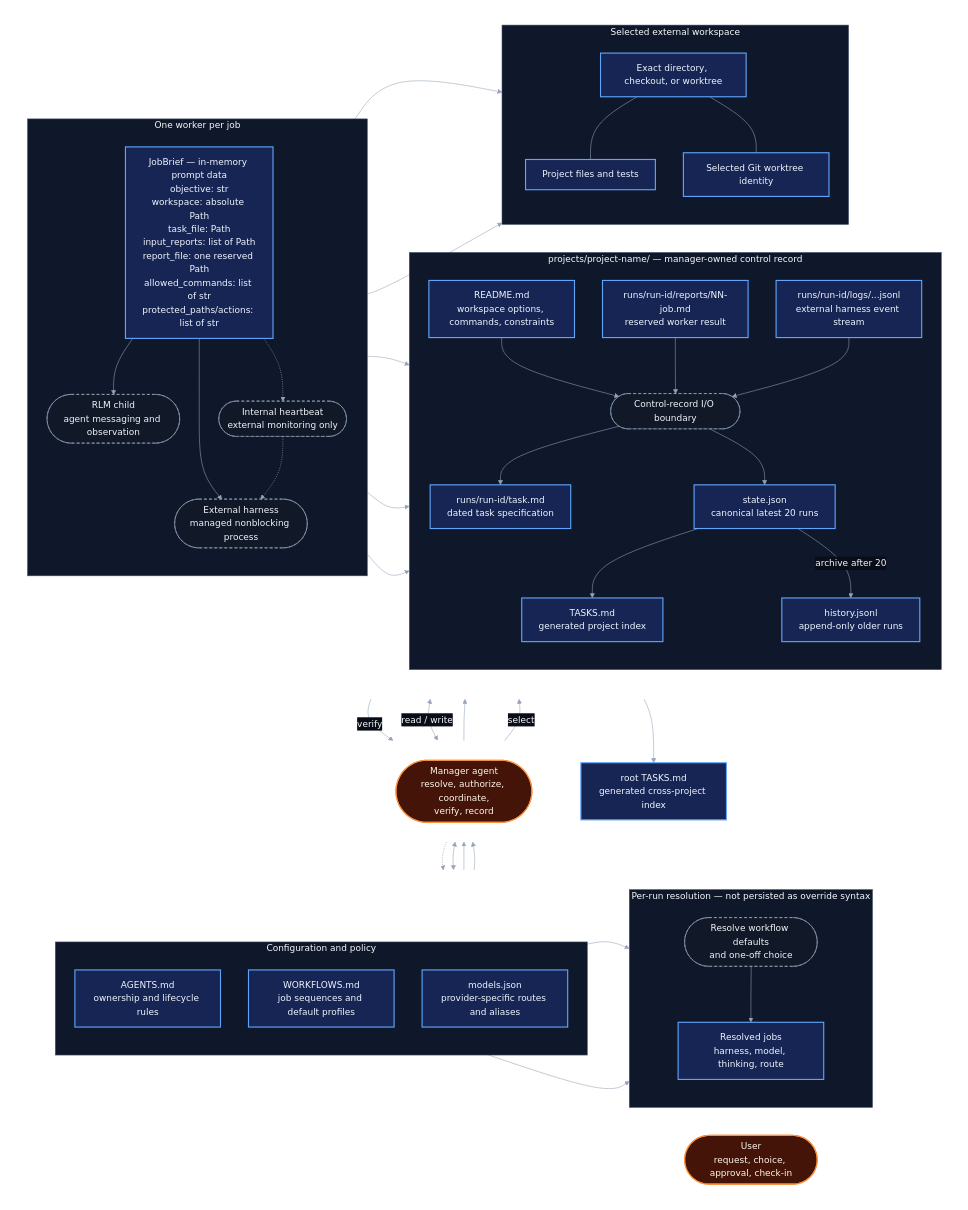
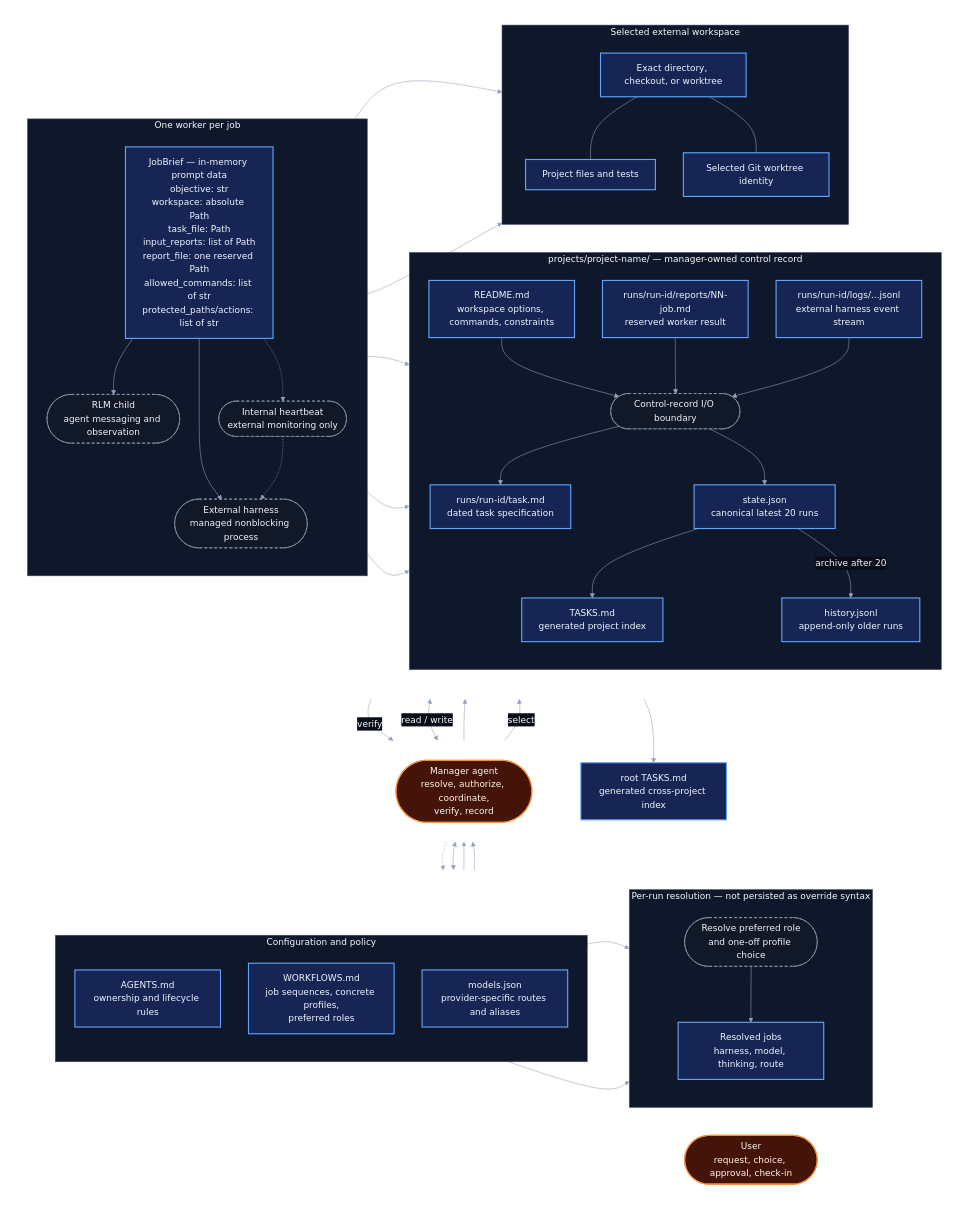
The diagram in docs/ARCHITECTURE.md (danielbush/pi-worker-agent), drawn with Mermaid before and after one commit. The commit also changed other lines of this file and 3 other files, not shown here.

Commit message:
refactor: re-organise profiles and use of preferred

```diff
--- a/docs/ARCHITECTURE.md
+++ b/docs/ARCHITECTURE.md
@@ -17,13 +17,13 @@
         subgraph CONFIG["Configuration and policy"]
             direction TB
             AG["AGENTS.md<br/>ownership and lifecycle rules"]
-            WF["WORKFLOWS.md<br/>job sequences and default profiles"]
+            WF["WORKFLOWS.md<br/>job sequences, concrete profiles,<br/>preferred roles"]
             MC["models.json<br/>provider-specific routes and aliases"]
         end
 
         subgraph RESOLUTION["Per-run resolution — not persisted as override syntax"]
             direction TB
-            RS(["Resolve workflow defaults<br/>and one-off choice"])
+            RS(["Resolve preferred role<br/>and one-off profile choice"])
             RJ["Resolved jobs<br/>harness, model, thinking, route"]
             RS --> RJ
         end
```
